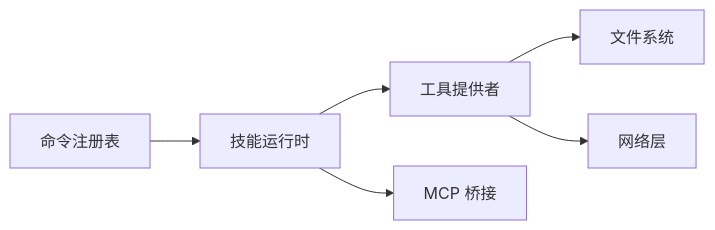
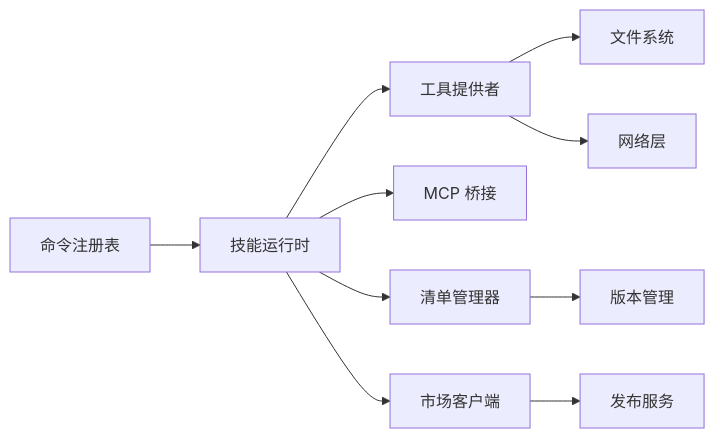
The sixth of 6 diagrams in .qoder/repowiki/zh/content/项目概述/核心特性/技能系统/自定义技能开发.md (kkutysllb/KCoder), drawn with Mermaid before and after one commit. The commit also changed other lines of this file and 5 other files, not shown here.

````diff
--- a/.qoder/repowiki/zh/content/项目概述/核心特性/技能系统/自定义技能开发.md
+++ b/.qoder/repowiki/zh/content/项目概述/核心特性/技能系统/自定义技能开发.md
@@ -417,8 +508,12 @@
 ```mermaid
 graph LR
 Registry["命令注册表"] --> Runtime["技能运行时"]
 Runtime --> Tools["工具提供者"]
 Runtime --> Bridge["MCP 桥接"]
+Runtime --> Manifest["清单管理器"]
+Runtime --> Market["市场客户端"]
 Tools --> FS["文件系统"]
 Tools --> Net["网络层"]
+Manifest --> Version["版本管理"]
+Market --> Publish["发布服务"]
 ```
````
